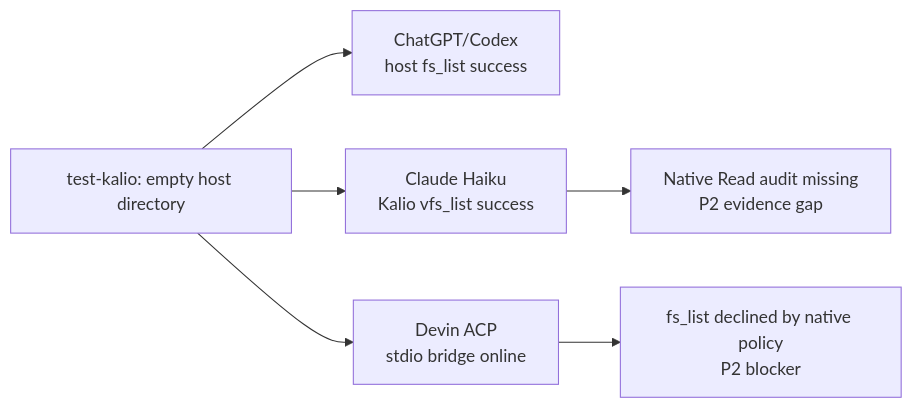
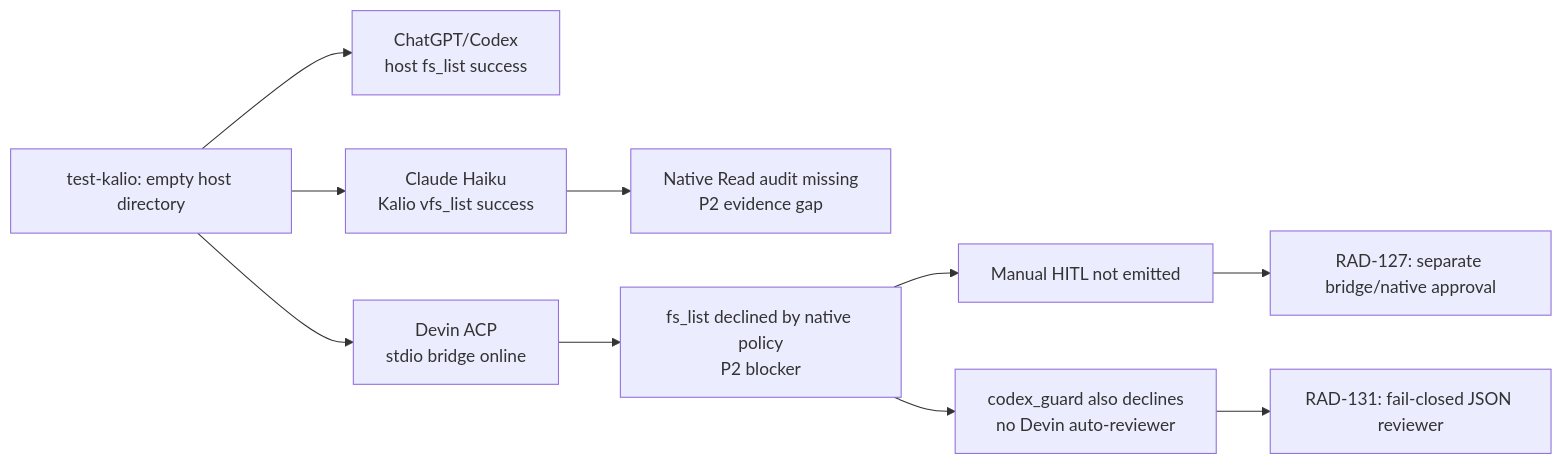
One commit to Radomiej/kalio-forever changed the diagram in docs/sessions/2026-08-23_real-provider-usage-test-kalio.md. Above: the diagram before and after it, drawn with Mermaid. The commit also changed other lines of this file, not shown here.

Commit message:
docs(qa): record Devin approval boundary

````diff
--- a/docs/sessions/2026-08-23_real-provider-usage-test-kalio.md
+++ b/docs/sessions/2026-08-23_real-provider-usage-test-kalio.md
@@ -35,8 +105,12 @@
 ```mermaid
 flowchart LR
   P["test-kalio: empty host directory"] --> C["ChatGPT/Codex<br>host fs_list success"]
   P --> H["Claude Haiku<br>Kalio vfs_list success"]
   H --> R["Native Read audit missing<br>P2 evidence gap"]
   P --> D["Devin ACP<br>stdio bridge online"]
   D --> X["fs_list declined by native policy<br>P2 blocker"]
+  X --> M["Manual HITL not emitted"]
+  X --> A["codex_guard also declines<br>no Devin auto-reviewer"]
+  M --> R2["RAD-127: separate bridge/native approval"]
+  A --> R3["RAD-131: fail-closed JSON reviewer"]
 ```
````
